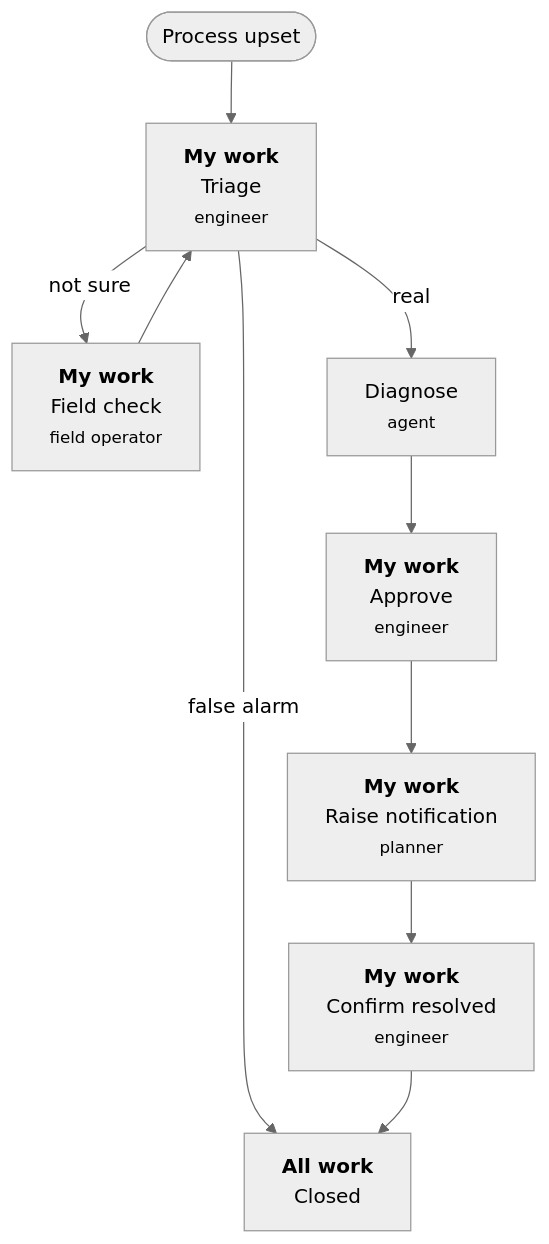
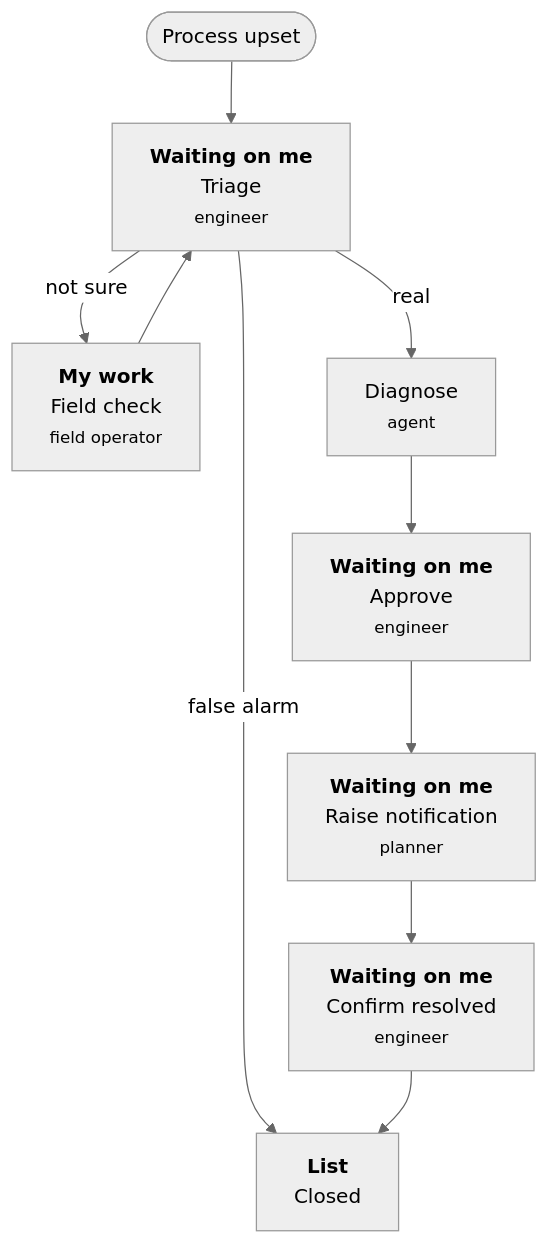
Before and after one commit to areed145/fuzer: the fourth of 5 diagrams in docs/work-map.md, drawn with Mermaid (neutral theme). The commit also changed other lines of this file and 12 other files, not shown here.

First line of the commit message:
Docs: every source of work, and how each is matched, routed, dispatched and closed

````diff
--- a/docs/work-map.md
+++ b/docs/work-map.md
@@ -158,10 +160,10 @@
 ```mermaid
 flowchart TB
-  a(["Process upset"]) --> t["<b>My work</b><br>Triage<br><small>engineer</small>"]
+  a(["Process upset"]) --> t["<b>Waiting on me</b><br>Triage<br><small>engineer</small>"]
   t -->|"not sure"| fc["<b>My work</b><br>Field check<br><small>field operator</small>"] --> t
   t -->|real| dg["Diagnose<br><small>agent</small>"]
-  t -->|"false alarm"| z["<b>All work</b><br>Closed"]
-  dg --> ap["<b>My work</b><br>Approve<br><small>engineer</small>"]
-  ap --> rn["<b>My work</b><br>Raise notification<br><small>planner</small>"]
-  rn --> cr["<b>My work</b><br>Confirm resolved<br><small>engineer</small>"] --> z
+  t -->|"false alarm"| z["<b>List</b><br>Closed"]
+  dg --> ap["<b>Waiting on me</b><br>Approve<br><small>engineer</small>"]
+  ap --> rn["<b>Waiting on me</b><br>Raise notification<br><small>planner</small>"]
+  rn --> cr["<b>Waiting on me</b><br>Confirm resolved<br><small>engineer</small>"] --> z
 ```
````
